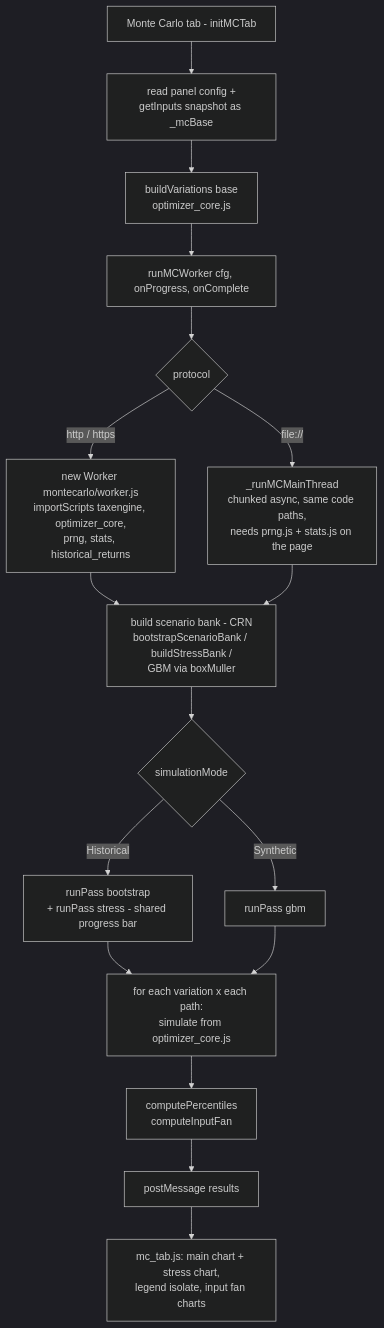
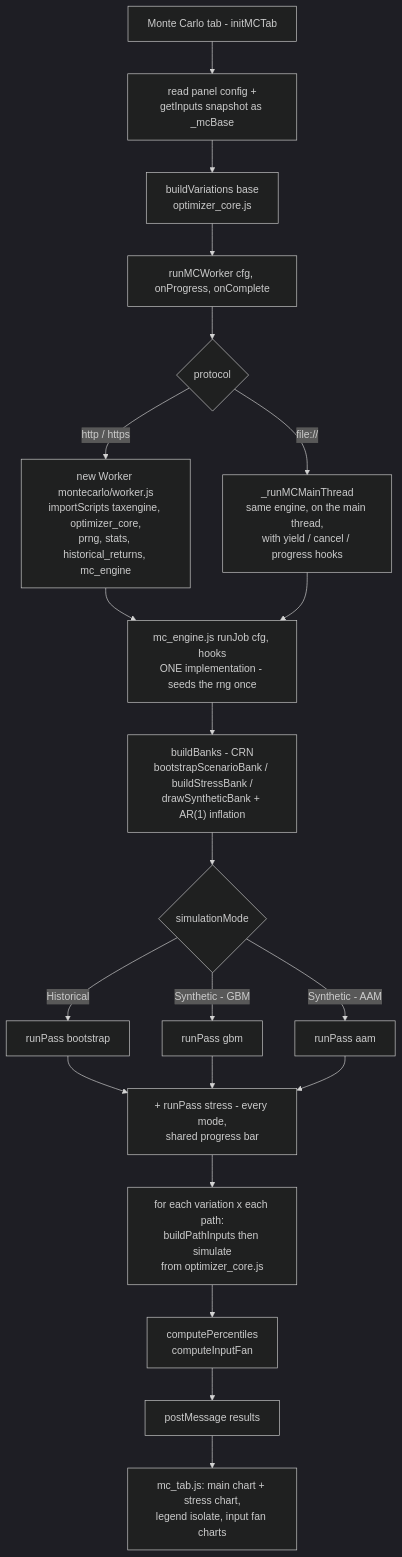
The fifth of 5 diagrams in ARCHITECTURE.md (nightskyguy/retirement_assets), drawn with Mermaid (dark theme) before and after one commit. The commit also changed other lines of this file and 2 other files, not shown here.

````diff
--- a/ARCHITECTURE.md
+++ b/ARCHITECTURE.md
@@ -246,20 +252,24 @@
 ```mermaid
 flowchart TD
     TAB["Monte Carlo tab - initMCTab"] --> CFG["read panel config +<br/>getInputs snapshot as _mcBase"]
     CFG --> BV["buildVariations base<br/>optimizer_core.js"]
     BV --> CTL["runMCWorker cfg, onProgress, onComplete"]
     CTL --> PROTO{"protocol"}
-    PROTO -->|http / https| W["new Worker montecarlo/worker.js<br/>importScripts taxengine, optimizer_core,<br/>prng, stats, historical_returns"]
-    PROTO -->|file://| FALLBACK["_runMCMainThread<br/>chunked async, same code paths,<br/>needs prng.js + stats.js on the page"]
+    PROTO -->|http / https| W["new Worker montecarlo/worker.js<br/>importScripts taxengine, optimizer_core,<br/>prng, stats, historical_returns, mc_engine"]
+    PROTO -->|file://| FALLBACK["_runMCMainThread<br/>same engine, on the main thread,<br/>with yield / cancel / progress hooks"]
 
-    W --> BANK["build scenario bank - CRN<br/>bootstrapScenarioBank / buildStressBank /<br/>GBM via boxMuller"]
-    FALLBACK --> BANK
+    W --> ENG["mc_engine.js runJob cfg, hooks<br/>ONE implementation - seeds the rng once"]
+    FALLBACK --> ENG
+    ENG --> BANK["buildBanks - CRN<br/>bootstrapScenarioBank / buildStressBank /<br/>drawSyntheticBank + AR(1) inflation"]
     BANK --> MODES{"simulationMode"}
-    MODES -->|Historical| TWO["runPass bootstrap<br/>+ runPass stress - shared progress bar"]
-    MODES -->|Synthetic| ONE["runPass gbm"]
-    TWO --> SWEEP2
-    ONE --> SWEEP2["for each variation x each path:<br/>simulate from optimizer_core.js"]
+    MODES -->|Historical| TWO["runPass bootstrap"]
+    MODES -->|Synthetic - GBM| ONE["runPass gbm"]
+    MODES -->|Synthetic - AAM| ONEA["runPass aam"]
+    TWO --> STRESS
+    ONE --> STRESS
+    ONEA --> STRESS["+ runPass stress - every mode,<br/>shared progress bar"]
+    STRESS --> SWEEP2["for each variation x each path:<br/>buildPathInputs then simulate<br/>from optimizer_core.js"]
     SWEEP2 --> PCT["computePercentiles<br/>computeInputFan"]
     PCT --> POST["postMessage results"]
     POST --> CHARTS["mc_tab.js: main chart + stress chart,<br/>legend isolate, input fan charts"]
 ```
````
